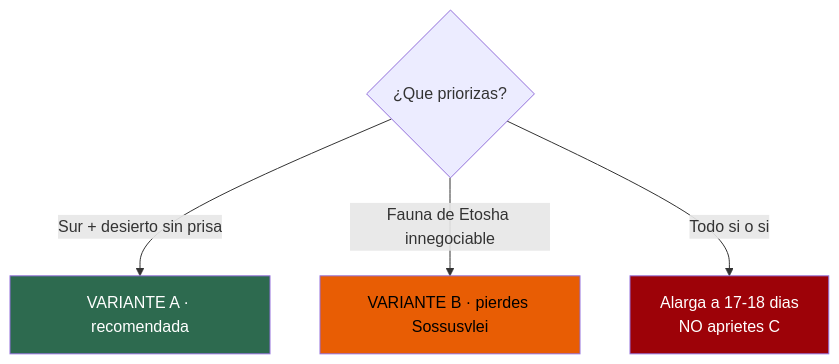
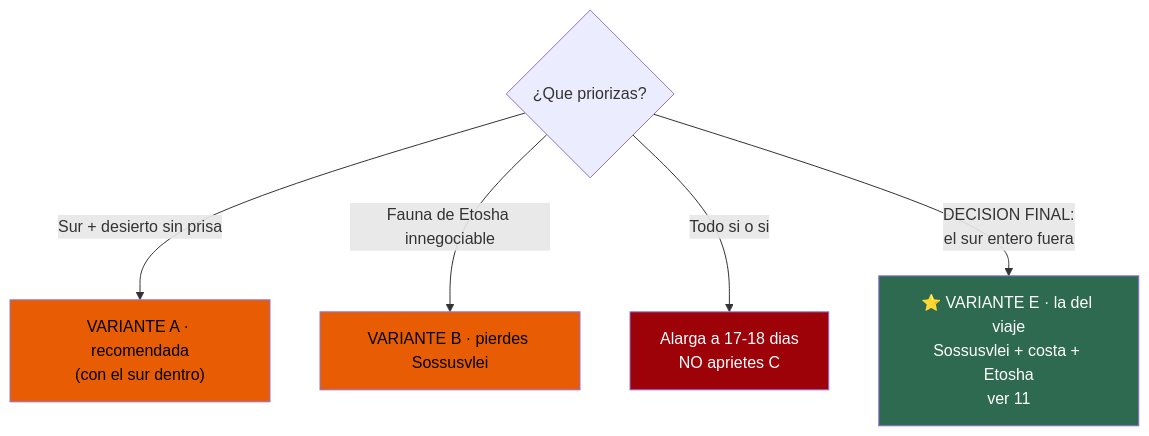
The eighth of 8 diagrams in 04-itinerario.md (morandeirachema/namibia), drawn with Mermaid before and after one commit. The commit also changed other lines of this file and 3 other files, not shown here.

````diff
--- a/04-itinerario.md
+++ b/04-itinerario.md
@@ -317,10 +335,12 @@
 ```mermaid
 flowchart TD
     D{"¿Que priorizas?"}
-    D -->|"Sur + desierto sin prisa"| A["VARIANTE A · recomendada"]
+    D -->|"Sur + desierto sin prisa"| A["VARIANTE A · recomendada<br/>(con el sur dentro)"]
     D -->|"Fauna de Etosha innegociable"| B["VARIANTE B · pierdes Sossusvlei"]
     D -->|"Todo si o si"| C["Alarga a 17-18 dias<br/>NO aprietes C"]
-    style A fill:#2d6a4f,color:#fff
+    D -->|"DECISION FINAL:<br/>el sur entero fuera"| E["⭐ VARIANTE E · la del viaje<br/>Sossusvlei + costa + Etosha<br/>ver 11"]
+    style A fill:#e85d04,color:#000
     style B fill:#e85d04,color:#000
     style C fill:#9d0208,color:#fff
+    style E fill:#2d6a4f,color:#fff
 ```
````
